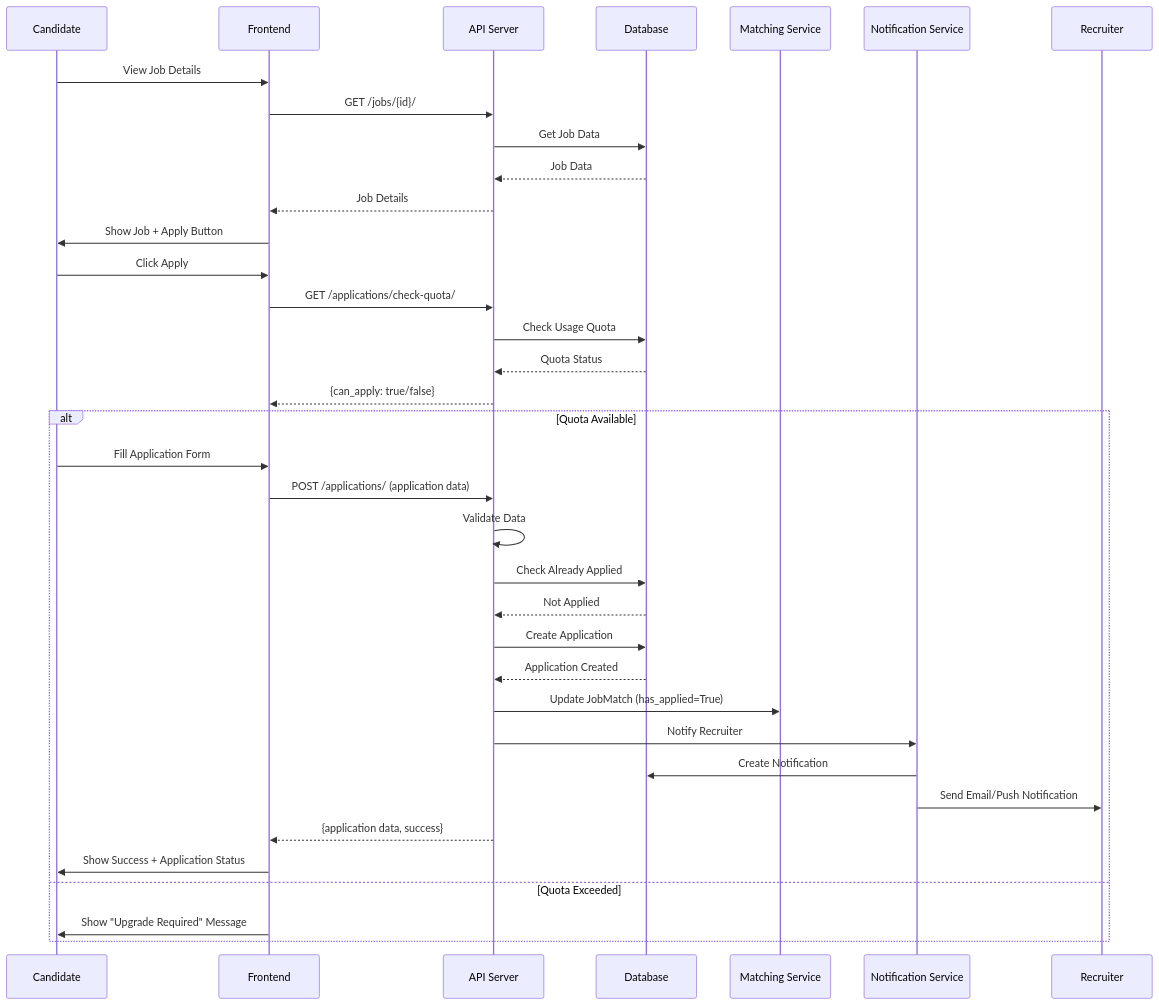
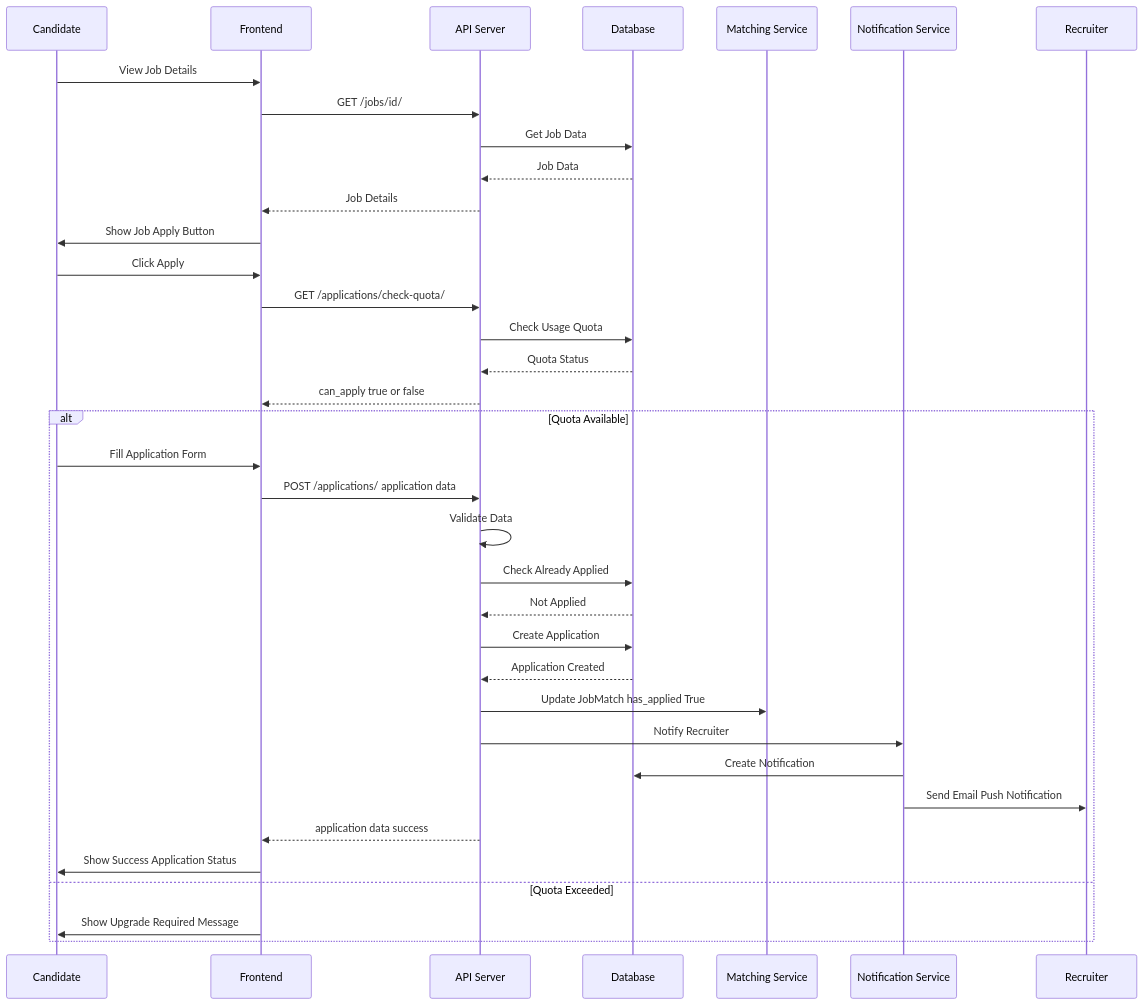
One commit to adil77672/recruitment-platform-docs changed the fifth of 17 diagrams in SYSTEM_DOCUMENTATION.md. Above: the diagram before and after it, drawn with Mermaid. The commit also changed other lines of this file, not shown here.

````diff
--- a/SYSTEM_DOCUMENTATION.md
+++ b/SYSTEM_DOCUMENTATION.md
@@ -821,44 +821,44 @@
 ```mermaid
 sequenceDiagram
     participant C as Candidate
     participant F as Frontend
     participant API as API Server
     participant DB as Database
     participant M as Matching Service
     participant N as Notification Service
     participant R as Recruiter
     
     C->>F: View Job Details
-    F->>API: GET /jobs/{id}/
+    F->>API: GET /jobs/id/
     API->>DB: Get Job Data
     DB-->>API: Job Data
     API-->>F: Job Details
-    F->>C: Show Job + Apply Button
+    F->>C: Show Job Apply Button
     
     C->>F: Click Apply
     F->>API: GET /applications/check-quota/
     API->>DB: Check Usage Quota
     DB-->>API: Quota Status
-    API-->>F: {can_apply: true/false}
+    API-->>F: can_apply true or false
     
     alt Quota Available
         C->>F: Fill Application Form
-        F->>API: POST /applications/ (application data)
+        F->>API: POST /applications/ application data
         API->>API: Validate Data
         API->>DB: Check Already Applied
         DB-->>API: Not Applied
         
         API->>DB: Create Application
         DB-->>API: Application Created
         
-        API->>M: Update JobMatch (has_applied=True)
+        API->>M: Update JobMatch has_applied True
         API->>N: Notify Recruiter
         N->>DB: Create Notification
-        N->>R: Send Email/Push Notification
+        N->>R: Send Email Push Notification
         
-        API-->>F: {application data, success}
-        F->>C: Show Success + Application Status
+        API-->>F: application data success
+        F->>C: Show Success Application Status
     else Quota Exceeded
-        F->>C: Show "Upgrade Required" Message
+        F->>C: Show Upgrade Required Message
     end
 ```
````
